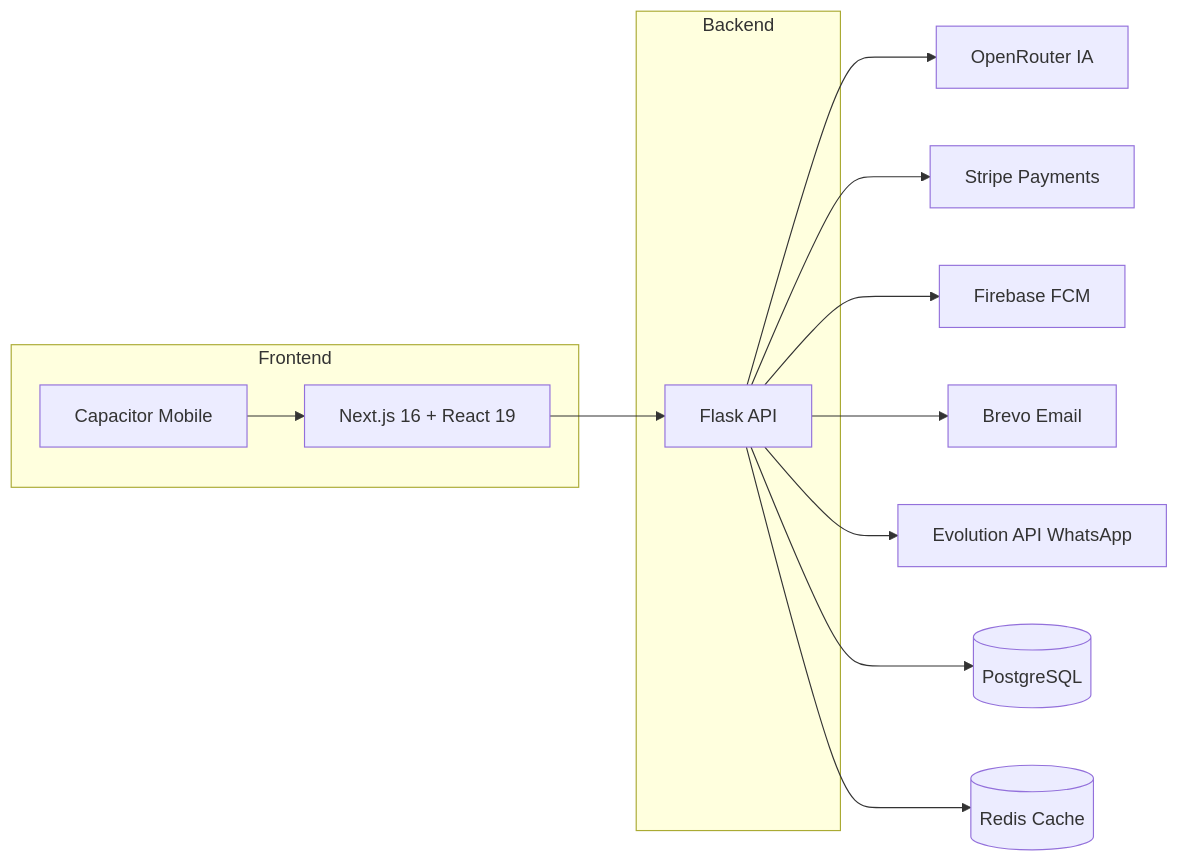
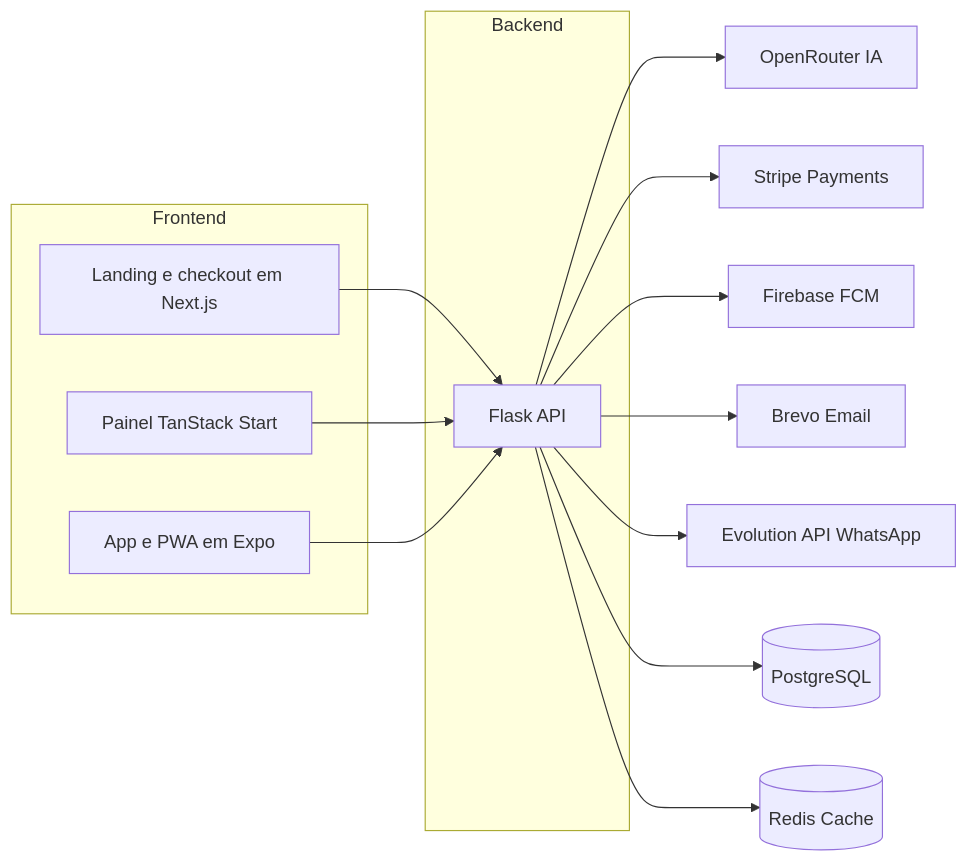
Before and after one commit to douglas-germano/fitgen: the second of 2 diagrams in docs/architecture_diagram.md, drawn with Mermaid. The commit also changed 217 other files, not shown here.

First line of the commit message:
Admin: move the panel to TanStack Start + Vite; drop Capacitor and legacy pages

````diff
--- a/docs/architecture_diagram.md
+++ b/docs/architecture_diagram.md
@@ -221,22 +221,24 @@
 ```mermaid
 flowchart LR
     subgraph Backend
         API[Flask API]
     end
 
     API --> OpenRouter[OpenRouter IA]
     API --> Stripe[Stripe Payments]
     API --> FCM[Firebase FCM]
     API --> Brevo[Brevo Email]
     API --> Evolution[Evolution API WhatsApp]
     API --> PostgreSQL[(PostgreSQL)]
     API --> Redis[(Redis Cache)]
 
     subgraph Frontend
-        Next[Next.js 16 + React 19]
-        Capacitor[Capacitor Mobile]
+        Next[Landing e checkout em Next.js]
+        Admin[Painel TanStack Start]
+        Expo[App e PWA em Expo]
     end
 
     Next --> API
-    Capacitor --> Next
+    Admin --> API
+    Expo --> API
 ```
````
